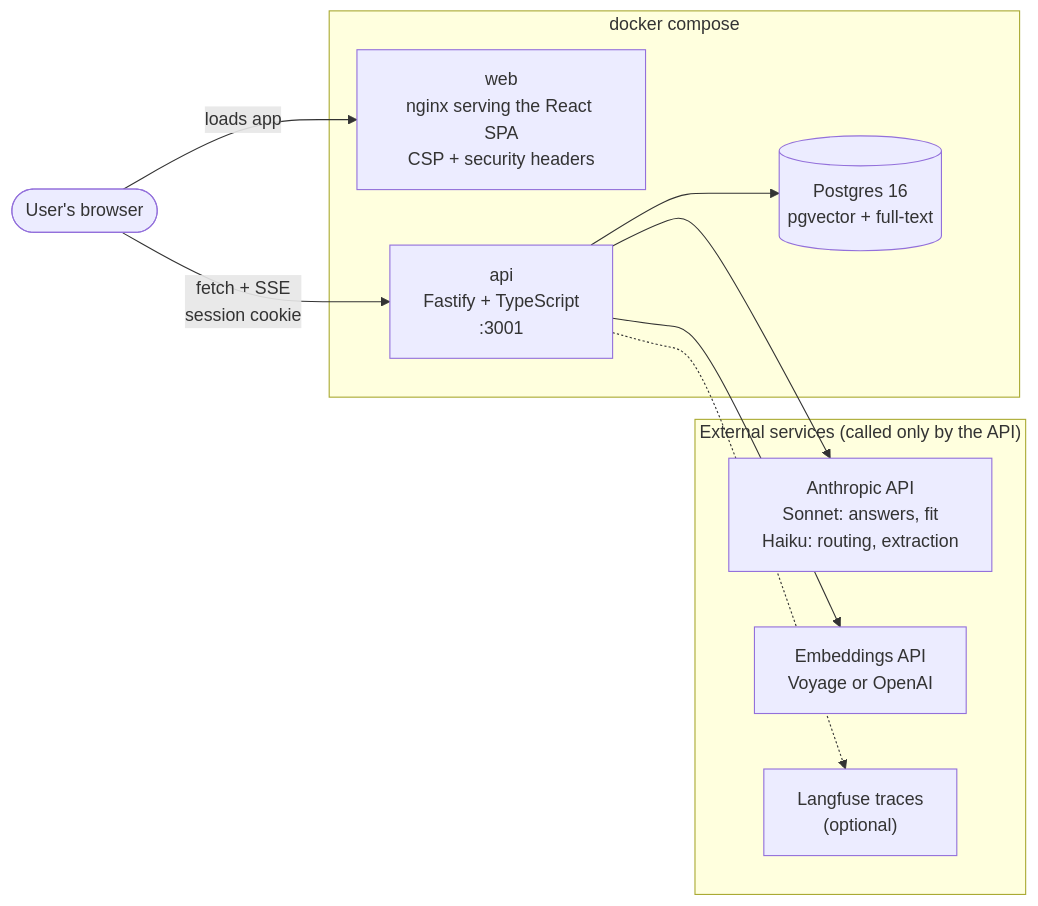
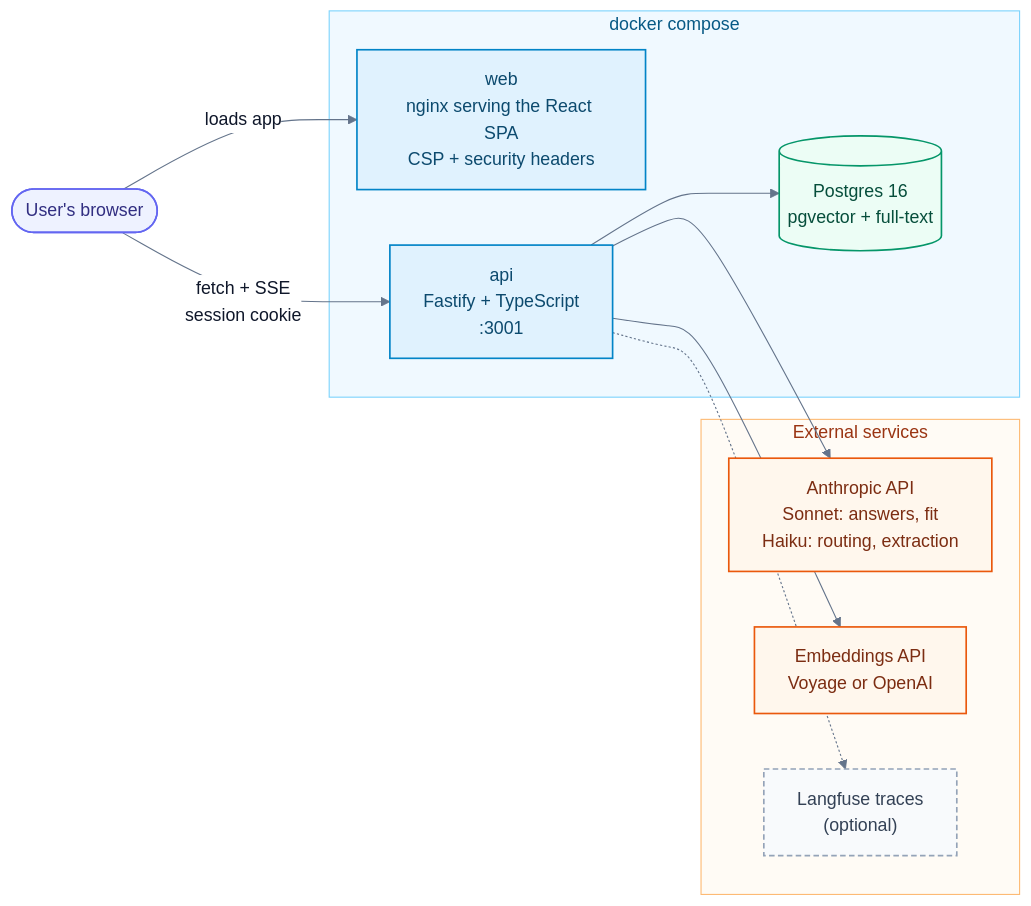
One commit to mrussum/practice-intel changed the first of 9 diagrams in docs/architecture.md. Above: the diagram before and after it, drawn with Mermaid. The commit also changed other lines of this file, not shown here.

First line of the commit message:
docs: colour-code the architecture diagrams

````diff
--- a/docs/architecture.md
+++ b/docs/architecture.md
@@ -21,23 +34,35 @@
 ```mermaid
+%%{init: {"theme":"base","themeVariables":{"primaryColor":"#E0F2FE","primaryBorderColor":"#0284C7","primaryTextColor":"#0F172A","lineColor":"#64748B","clusterBkg":"#F8FAFC","clusterBorder":"#CBD5E1","edgeLabelBackground":"#FFFFFF","titleColor":"#334155"}}}%%
 flowchart LR
-  user(["User's browser"])
+  user(["User's browser"]):::client
 
   subgraph compose["docker compose"]
-    web["web<br/>nginx serving the React SPA<br/>CSP + security headers"]
-    api["api<br/>Fastify + TypeScript<br/>:3001"]
-    db[("Postgres 16<br/>pgvector + full-text")]
+    web["web<br/>nginx serving the React SPA<br/>CSP + security headers"]:::app
+    api["api<br/>Fastify + TypeScript<br/>:3001"]:::app
+    db[("Postgres 16<br/>pgvector + full-text")]:::data
   end
 
-  subgraph ext["External services (called only by the API)"]
-    claude["Anthropic API<br/>Sonnet: answers, fit<br/>Haiku: routing, extraction"]
-    emb["Embeddings API<br/>Voyage or OpenAI"]
-    lf["Langfuse traces<br/>(optional)"]
+  subgraph ext["External services"]
+    claude["Anthropic API<br/>Sonnet: answers, fit<br/>Haiku: routing, extraction"]:::ai
+    emb["Embeddings API<br/>Voyage or OpenAI"]:::ai
+    lf["Langfuse traces<br/>(optional)"]:::ops
   end
 
   user -- "loads app" --> web
   user -- "fetch + SSE<br/>session cookie" --> api
   api --> db
   api --> claude
   api --> emb
   api -.-> lf
+
+  classDef client fill:#EEF2FF,stroke:#6366F1,color:#312E81,stroke-width:1.5px
+  classDef app fill:#E0F2FE,stroke:#0284C7,color:#0C4A6E,stroke-width:1.5px
+  classDef logic fill:#F5F3FF,stroke:#7C3AED,color:#4C1D95,stroke-width:1.5px
+  classDef data fill:#ECFDF5,stroke:#059669,color:#064E3B,stroke-width:1.5px
+  classDef ai fill:#FFF7ED,stroke:#EA580C,color:#7C2D12,stroke-width:1.5px
+  classDef sec fill:#FDF2F8,stroke:#DB2777,color:#831843,stroke-width:1.5px
+  classDef decision fill:#FEFCE8,stroke:#CA8A04,color:#713F12,stroke-width:1.5px
+  classDef ops fill:#F8FAFC,stroke:#94A3B8,color:#334155,stroke-width:1.5px,stroke-dasharray:5 3
+  style compose fill:#F0F9FF,stroke:#7DD3FC,color:#075985
+  style ext fill:#FFFBF5,stroke:#FDBA74,color:#9A3412
 ```
````
